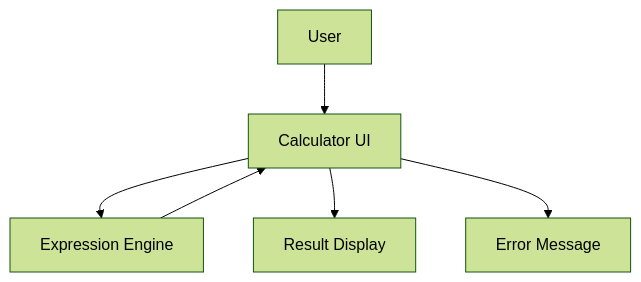
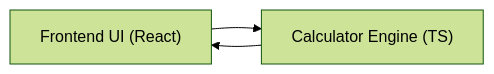
The diagram in generated-projects/simplecalculator/docs/agents/architect-mission.md (ErezKon/AgenticDevTeam), drawn with Mermaid (forest theme) before and after one commit. The commit also changed other lines of this file, not shown here.

````diff
--- a/generated-projects/simplecalculator/docs/agents/architect-mission.md
+++ b/generated-projects/simplecalculator/docs/agents/architect-mission.md
@@ -37,8 +35,5 @@
 ```mermaid
-flowchart TD
-    User[User] --> UI[Calculator UI]
-    UI --> Engine[Expression Engine]
+graph LR
+    UI["Frontend UI (React)"] --> Engine["Calculator Engine (TS)"]
     Engine --> UI
-    UI --> Display[Result Display]
-    UI --> Error[Error Message]
 ```
````
